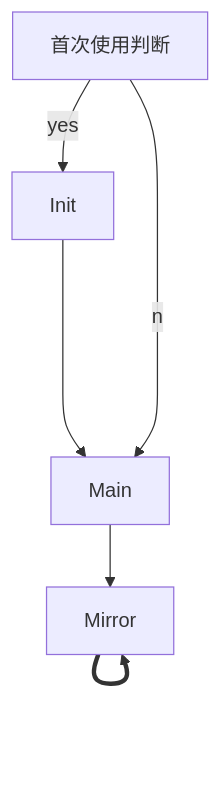
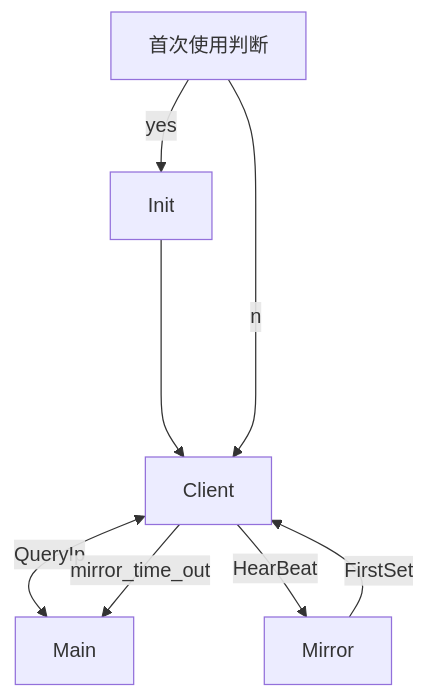
One commit to HUGHNew/Cids-Client changed the second of 5 diagrams in structure.md. Above: the diagram before and after it, drawn with Mermaid. The commit also changed other lines of this file and 5 other files, not shown here.

````diff
--- a/structure.md
+++ b/structure.md
@@ -45,5 +47,6 @@
 ```mermaid
 graph TD
-首次使用判断--yes-->Init---->Main
-首次使用判断--no-->Main-->Mirror==>Mirror
+首次使用判断--yes-->Init---->Client <--QueryIp--> Main
+首次使用判断--no-->Client--HearBeat-->Mirror
+Mirror --FirstSet--> Client --mirror_time_out-->Main
 ```
````
